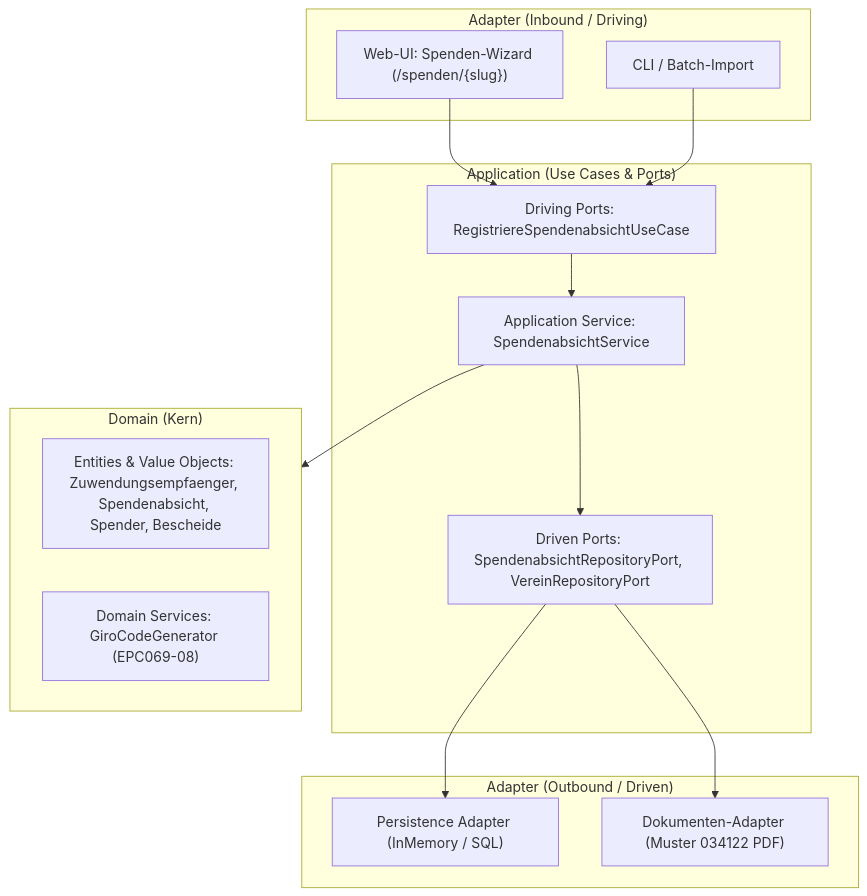
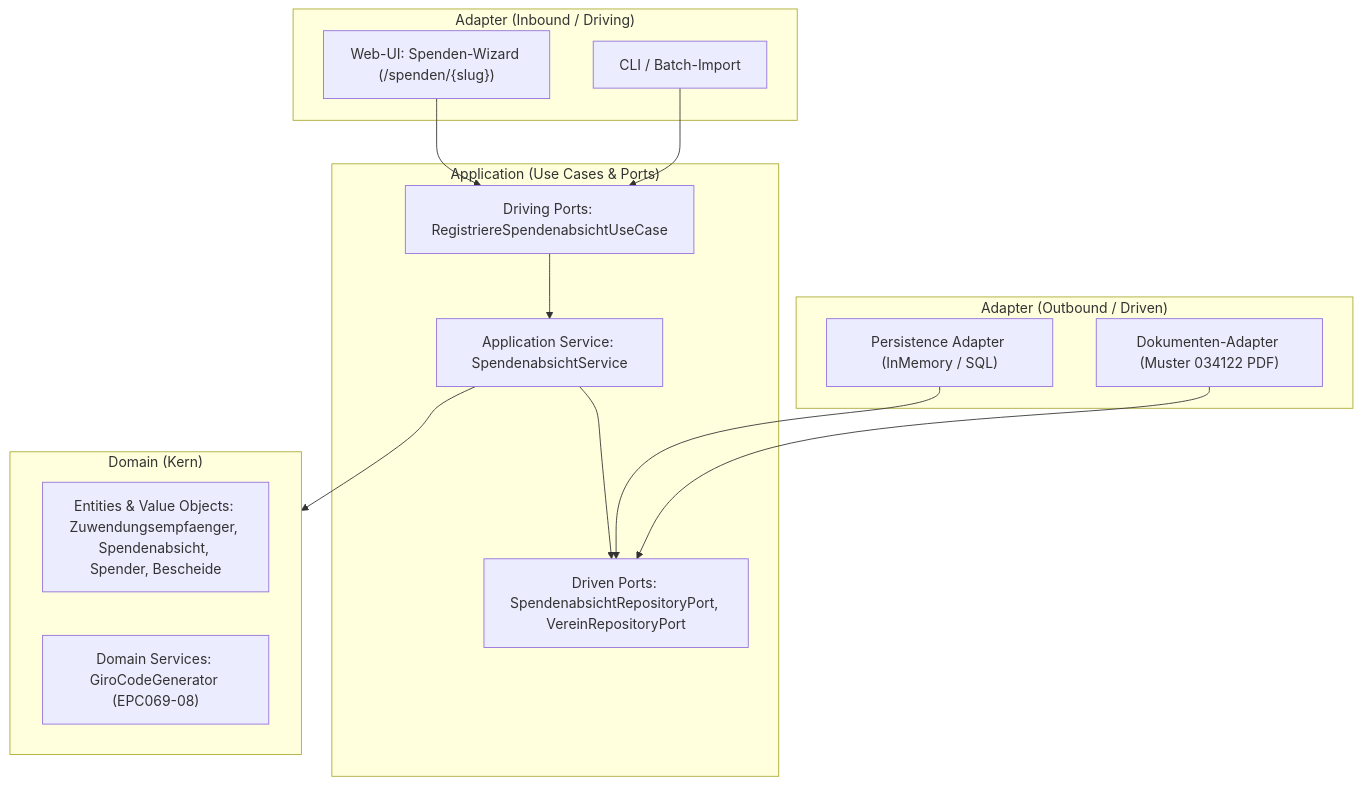
Before and after one commit to ManoKors/spender: the diagram in docs/architektur.md, drawn with Mermaid. The commit also changed 5 other files, not shown here.

Commit message:
docs: update architecture documentation, UML models, and rename demo repositories for DIP compliance

````diff
--- a/docs/architektur.md
+++ b/docs/architektur.md
@@ -23,31 +23,31 @@
 ```mermaid
 flowchart TD
   subgraph Adapter In ["Adapter (Inbound / Driving)"]
     WebWizard["Web-UI: Spenden-Wizard (/spenden/{slug})"]
     Cli["CLI / Batch-Import"]
   end
 
   subgraph Application ["Application (Use Cases & Ports)"]
     InPort["Driving Ports: RegistriereSpendenabsichtUseCase"]
     AppService["Application Service: SpendenabsichtService"]
     OutPort["Driven Ports: SpendenabsichtRepositoryPort, VereinRepositoryPort"]
   end
 
   subgraph Domain ["Domain (Kern)"]
     Model["Entities & Value Objects: Zuwendungsempfaenger, Spendenabsicht, Spender, Bescheide"]
     DomainService["Domain Services: GiroCodeGenerator (EPC069-08)"]
   end
 
   subgraph Adapter Out ["Adapter (Outbound / Driven)"]
     Persistence["Persistence Adapter (InMemory / SQL)"]
     PdfOut["Dokumenten-Adapter (Muster 034122 PDF)"]
   end
 
   WebWizard --> InPort
   Cli --> InPort
   InPort --> AppService
   AppService --> Domain
   AppService --> OutPort
-  OutPort --> Persistence
-  OutPort --> PdfOut
+  Persistence --> OutPort
+  PdfOut --> OutPort
 ```
````
